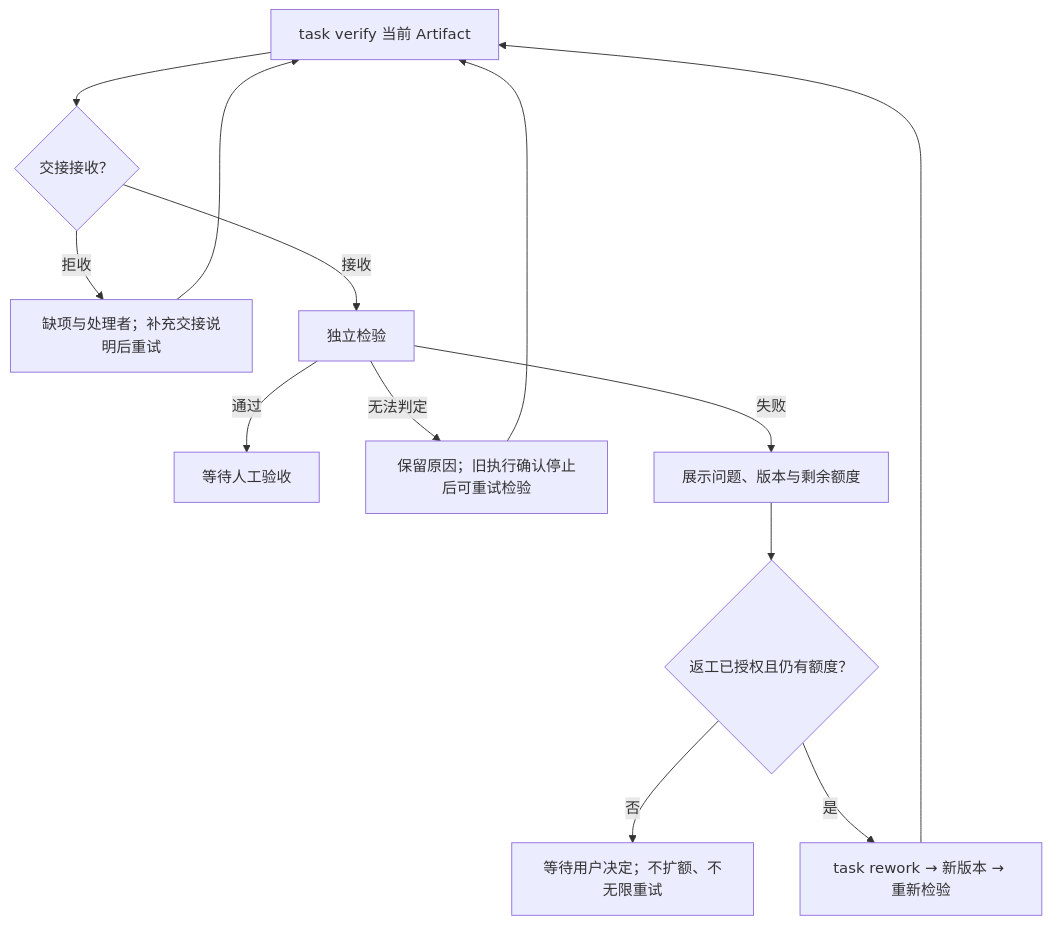
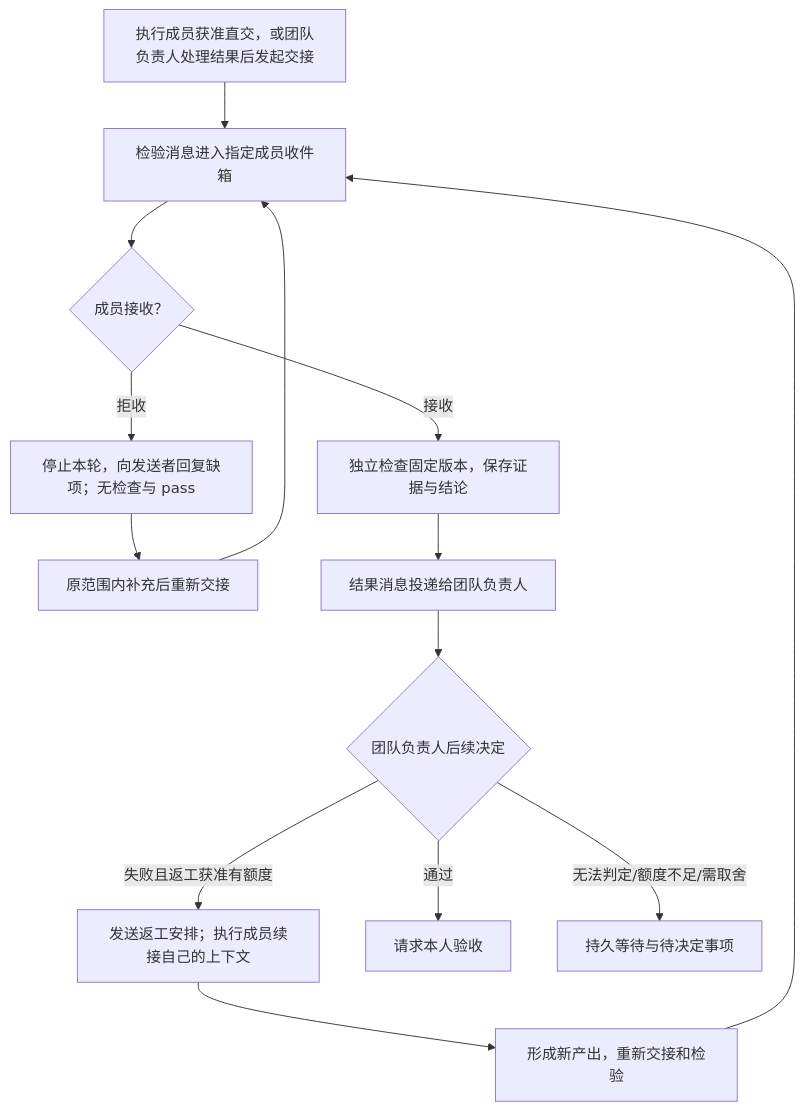
One commit to xforce-io/atelier changed the fifth of 7 diagrams in docs/design/1-first-team-delivery/product.md. Above: the diagram before and after it, drawn with Mermaid. The commit also changed other lines of this file and 97 other files, not shown here.

````diff
--- a/docs/design/1-first-team-delivery/product.md
+++ b/docs/design/1-first-team-delivery/product.md
@@ -158,15 +212,16 @@
 ```mermaid
 flowchart TD
-    A["task verify 当前 Artifact"] --> B{"交接接收？"}
-    B -->|拒收| C["缺项与处理者；补充交接说明后重试"]
-    C --> A
-    B -->|接收| D["独立检验"]
-    D -->|通过| E["等待人工验收"]
-    D -->|无法判定| F["保留原因；旧执行确认停止后可重试检验"]
-    F --> A
-    D -->|失败| G["展示问题、版本与剩余额度"]
-    G --> H{"返工已授权且仍有额度？"}
-    H -->|否| I["等待用户决定；不扩额、不无限重试"]
-    H -->|是| J["task rework → 新版本 → 重新检验"]
-    J --> A
+    A[执行成员获准直交，或团队负责人处理结果后发起交接] --> B[检验消息进入指定成员收件箱]
+    B --> C{成员接收？}
+    C -->|拒收| D[停止本轮，向发送者回复缺项；无检查与 pass]
+    D --> E[原范围内补充后重新交接]
+    E --> B
+    C -->|接收| F[独立检查固定版本，保存证据与结论]
+    F --> G[结果消息投递给团队负责人]
+    G --> H{团队负责人后续决定}
+    H -->|失败且返工获准有额度| I[发送返工安排；执行成员续接自己的上下文]
+    I --> J[形成新产出，重新交接和检验]
+    J --> B
+    H -->|通过| K[请求本人验收]
+    H -->|无法判定/额度不足/需取舍| L[持久等待与待决定事项]
 ```
````
